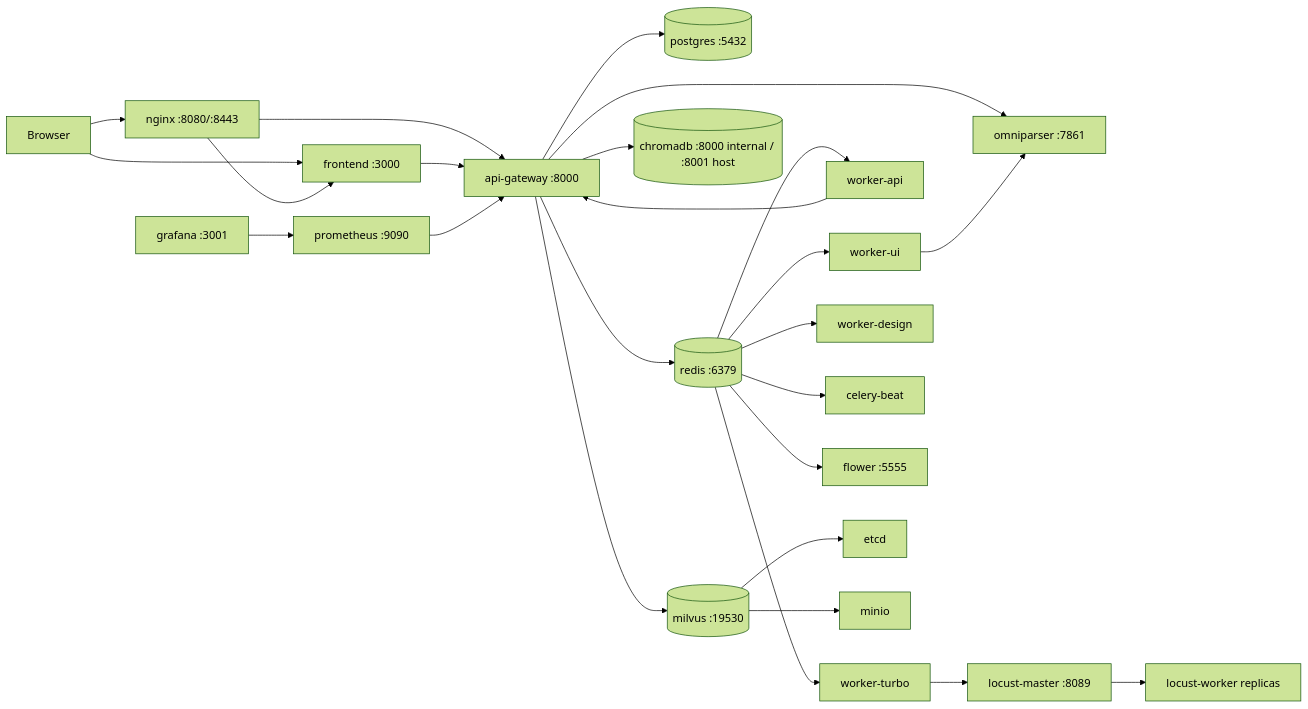
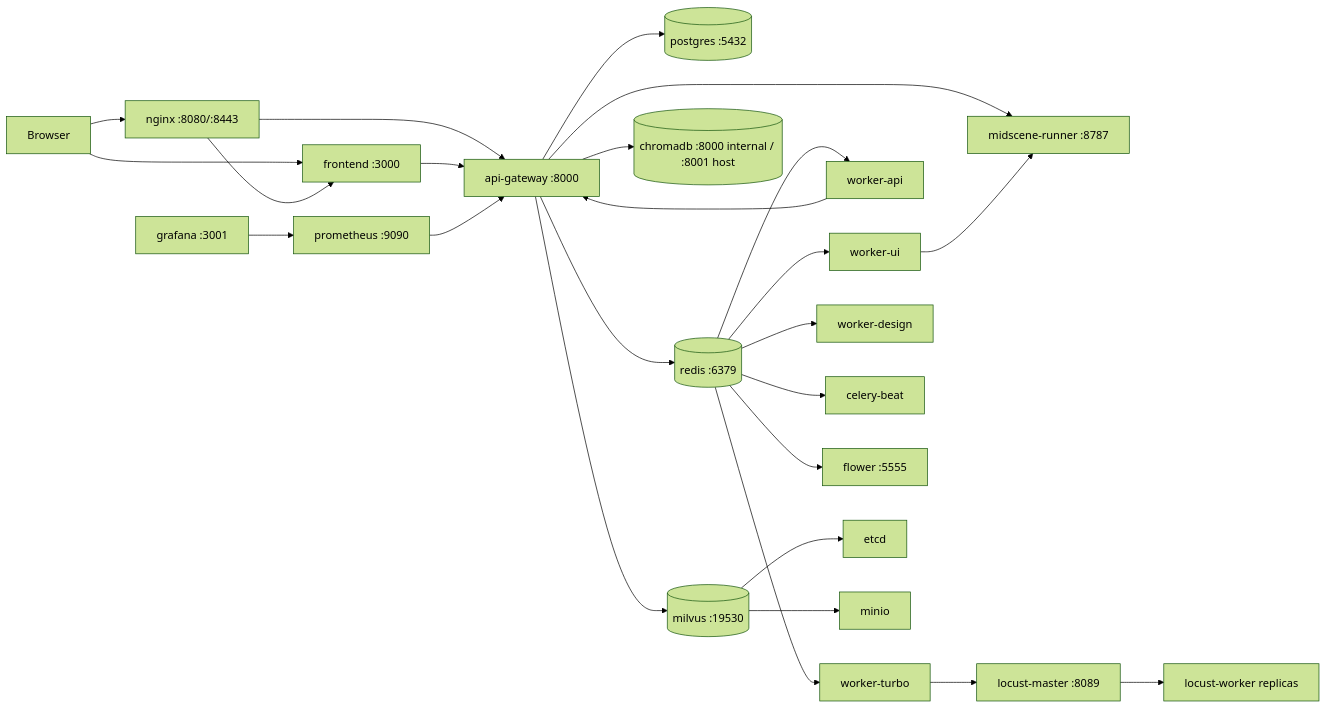
The diagram in deploy/README.md (Little-H-lying-flat/ChongMing), drawn with Mermaid (forest theme) before and after one commit. The commit also changed other lines of this file and 144 other files, not shown here.

````diff
--- a/deploy/README.md
+++ b/deploy/README.md
@@ -26,32 +26,32 @@
 ```mermaid
 flowchart LR
     User[Browser] --> Nginx[nginx :8080/:8443]
     User --> FE[frontend :3000]
     Nginx --> FE
     Nginx --> API[api-gateway :8000]
     FE --> API
 
     API --> Postgres[(postgres :5432)]
     API --> Redis[(redis :6379)]
     API --> Chroma[(chromadb :8000 internal / :8001 host)]
     API --> Milvus[(milvus :19530)]
-    API --> Omni[omniparser :7861]
+    API --> Midscene[midscene-runner :8787]
 
     Redis --> WorkerUI[worker-ui]
     Redis --> WorkerAPI[worker-api]
     Redis --> WorkerTurbo[worker-turbo]
     Redis --> WorkerDesign[worker-design]
     Redis --> Beat[celery-beat]
     Redis --> Flower[flower :5555]
 
-    WorkerUI --> Omni
+    WorkerUI --> Midscene
     WorkerAPI --> API
     WorkerTurbo --> LocustMaster[locust-master :8089]
     LocustMaster --> LocustWorker[locust-worker replicas]
 
     Milvus --> Etcd[etcd]
     Milvus --> Minio[minio]
 
     Prometheus[prometheus :9090] --> API
     Grafana[grafana :3001] --> Prometheus
 ```
````
